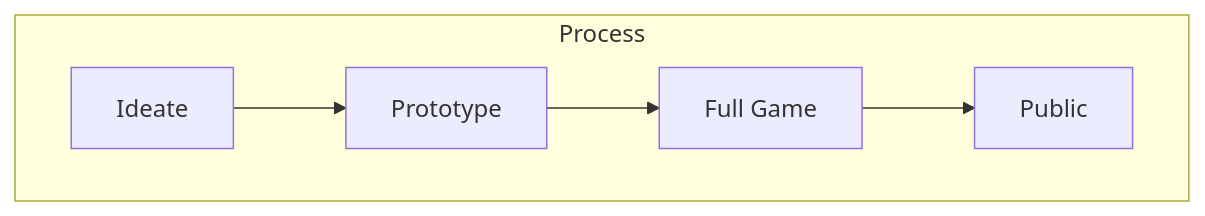
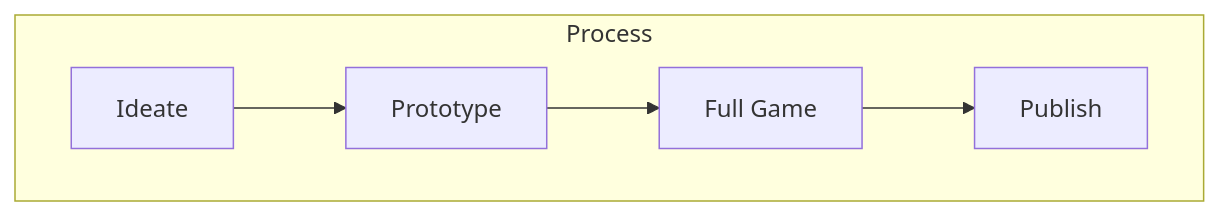
Before and after one commit to unity-learn/game-production-process: the first of 3 diagrams in README.md, drawn with Mermaid. The commit also changed other lines of this file, not shown here.

````diff
--- a/README.md
+++ b/README.md
@@ -3,12 +3,12 @@
 ``` mermaid
 flowchart
 
 subgraph S[Process]
 A[Ideate]
 B[Prototype]
 C[Full Game]
-D[Public]
+D[Publish]
 
 A--> B -->C -->D
 end
 ```
````
